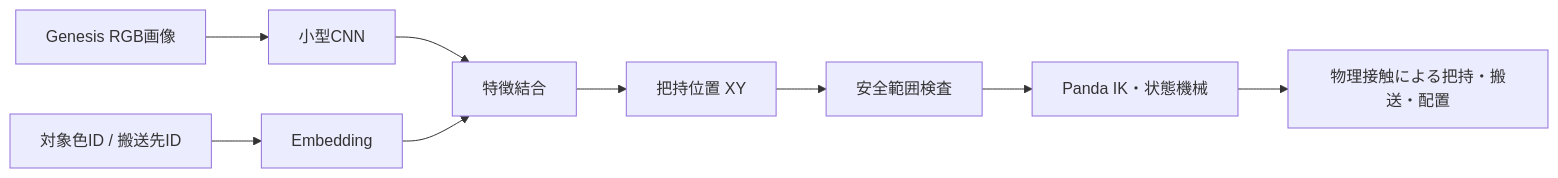
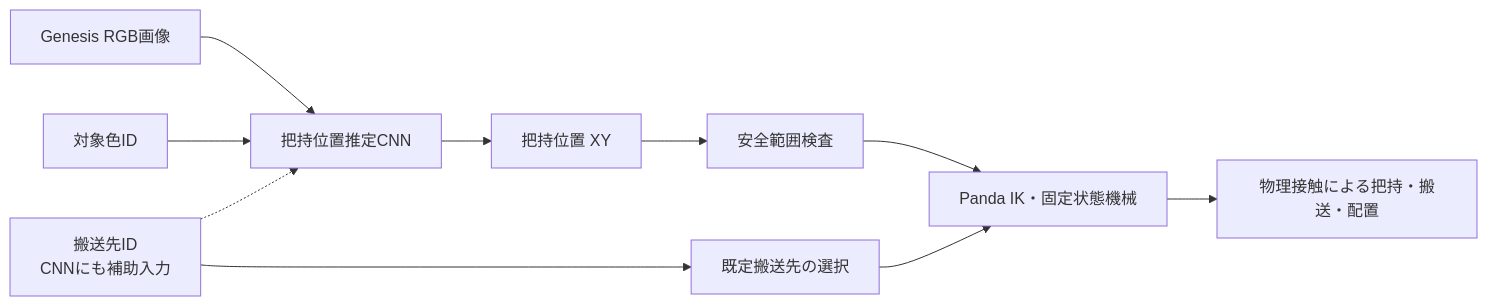
Before and after one commit to pai-robotics-lab/physical-ai-goal-conditioned: the diagram in README.md, drawn with Mermaid. The commit also changed other lines of this file and 14 other files, not shown here.

````diff
--- a/README.md
+++ b/README.md
@@ -35,11 +40,12 @@
 ```mermaid
 flowchart LR
-    A[Genesis RGB画像] --> C[小型CNN]
-    B[対象色ID / 搬送先ID] --> D[Embedding]
-    C --> E[特徴結合]
-    D --> E
-    E --> F[把持位置 XY]
-    F --> G[安全範囲検査]
-    G --> H[Panda IK・状態機械]
+    A[Genesis RGB画像] --> C[把持位置推定CNN]
+    B[対象色ID] --> C
+    D[搬送先ID<br/>CNNにも補助入力] -.-> C
+    C --> E[把持位置 XY]
+    E --> F[安全範囲検査]
+    D --> G[既定搬送先の選択]
+    F --> H[Panda IK・固定状態機械]
+    G --> H
     H --> I[物理接触による把持・搬送・配置]
 ```
````
